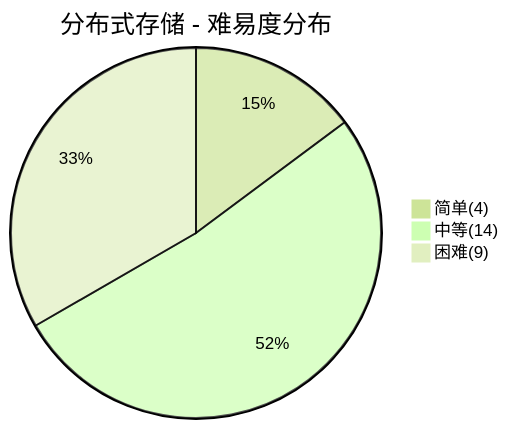
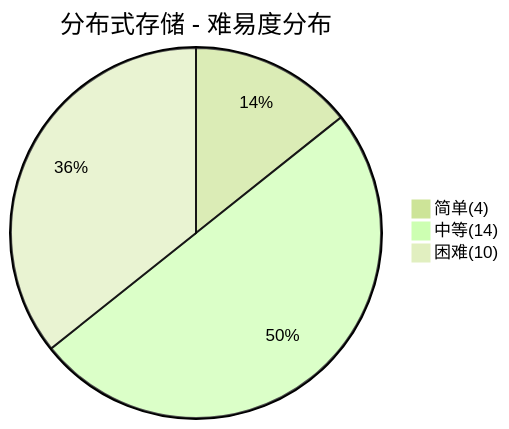
Before and after one commit to dunwu/waterdrop: the sixth of 6 diagrams in docs/99.面试/分布式面试.md, drawn with Mermaid (forest theme). The commit also changed other lines of this file and 73 other files, not shown here.

````diff
--- a/docs/99.面试/分布式面试.md
+++ b/docs/99.面试/分布式面试.md
@@ -493,6 +446,6 @@
 ```mermaid
 pie title 分布式存储 - 难易度分布
     "简单(4)" : 4
     "中等(14)" : 14
-    "困难(9)" : 9
+    "困难(10)" : 10
 ```
````
